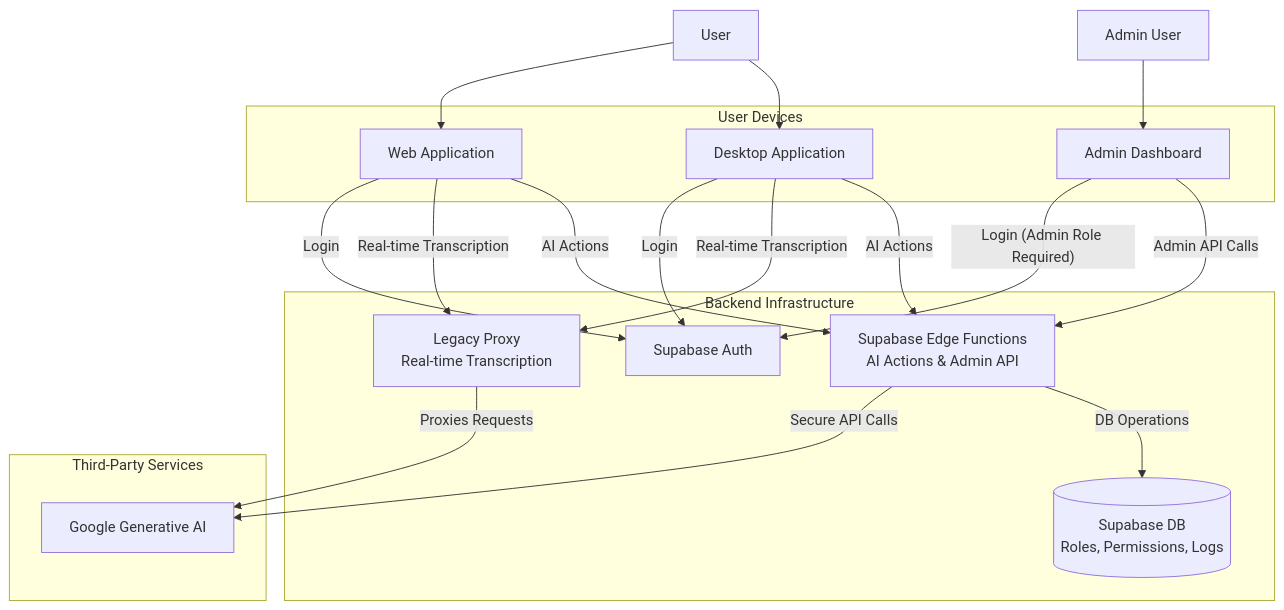
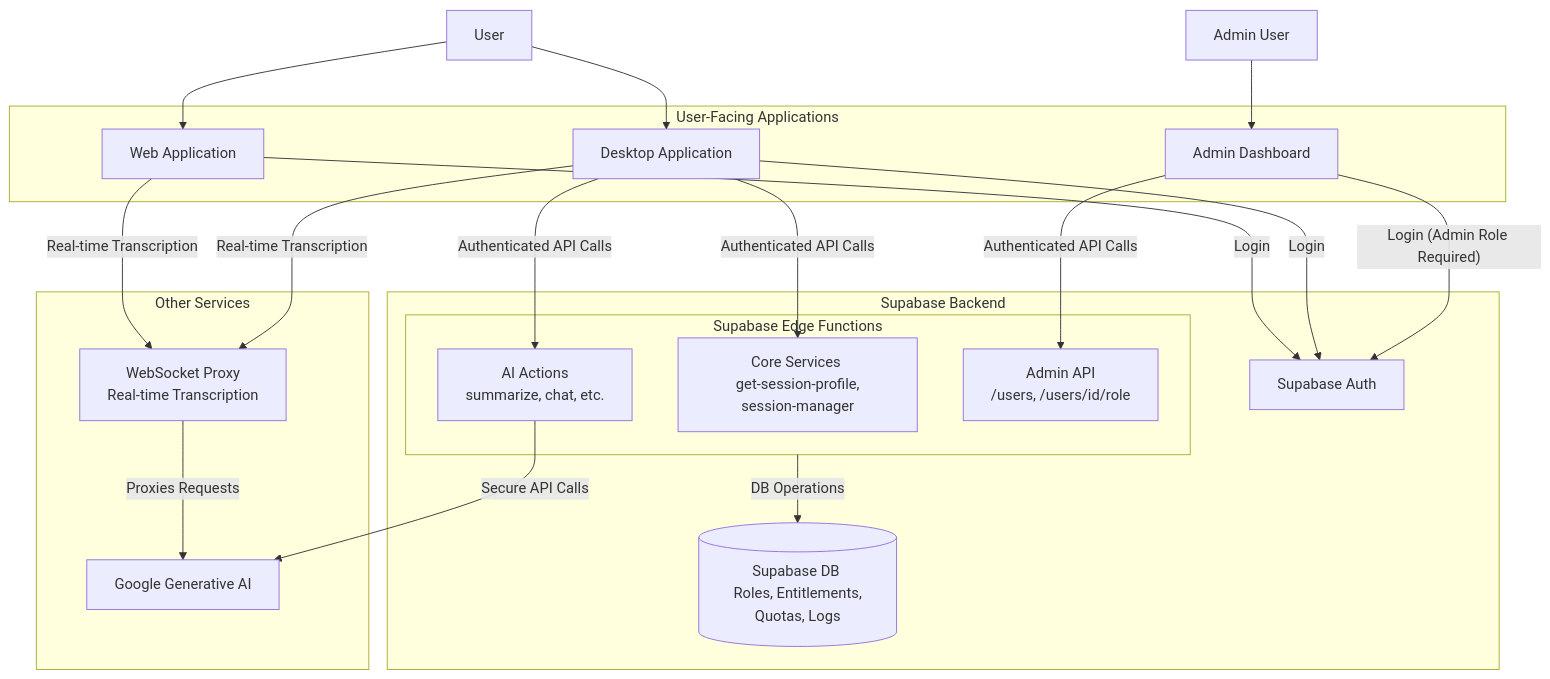
The diagram in docs/architecture/overview.md (Intevia-AI/Knovy), drawn with Mermaid before and after one commit. The commit also changed other lines of this file and 4 other files, not shown here.

````diff
--- a/docs/architecture/overview.md
+++ b/docs/architecture/overview.md
@@ -15,39 +13,43 @@
 ```mermaid
 graph TD
-    subgraph User Devices
+    subgraph User-Facing Applications
+        DesktopApp[Desktop Application]
         WebApp[Web Application]
-        DesktopApp[Desktop Application]
         AdminDashboard[Admin Dashboard]
     end
 
-    subgraph "Backend Infrastructure"
+    subgraph "Supabase Backend"
         Auth[Supabase Auth]
-        DB[(Supabase DB <br/> Roles, Permissions, Logs)]
-        EdgeFunctions[Supabase Edge Functions <br/> AI Actions & Admin API]
-        Proxy[Legacy Proxy <br/> Real-time Transcription]
+        DB[(Supabase DB <br/> Roles, Entitlements, Quotas, Logs)]
+        subgraph EdgeFunctions [Supabase Edge Functions]
+            CoreServices[Core Services <br/> get-session-profile, session-manager]
+            AIActions[AI Actions <br/> summarize, chat, etc.]
+            AdminAPI[Admin API <br/> /users, /users/id/role]
+        end
     end
 
-    subgraph "Third-Party Services"
+    subgraph "Other Services"
+        Proxy[WebSocket Proxy <br/> Real-time Transcription]
         GoogleAI[Google Generative AI]
     end
 
     User[User] --> WebApp
     User --> DesktopApp
     Admin[Admin User] --> AdminDashboard
 
     WebApp -- "Login" --> Auth
     DesktopApp -- "Login" --> Auth
     AdminDashboard -- "Login (Admin Role Required)" --> Auth
 
     WebApp -- "Real-time Transcription" --> Proxy
     DesktopApp -- "Real-time Transcription" --> Proxy
 
-    DesktopApp -- "AI Actions" --> EdgeFunctions
-    WebApp -- "AI Actions" --> EdgeFunctions
-    AdminDashboard -- "Admin API Calls" --> EdgeFunctions
+    DesktopApp -- "Authenticated API Calls" --> CoreServices
+    DesktopApp -- "Authenticated API Calls" --> AIActions
+    AdminDashboard -- "Authenticated API Calls" --> AdminAPI
 
-    EdgeFunctions -- "Secure API Calls" --> GoogleAI
+    AIActions -- "Secure API Calls" --> GoogleAI
     EdgeFunctions -- "DB Operations" --> DB
 
     Proxy -- "Proxies Requests" --> GoogleAI
 ```
````
